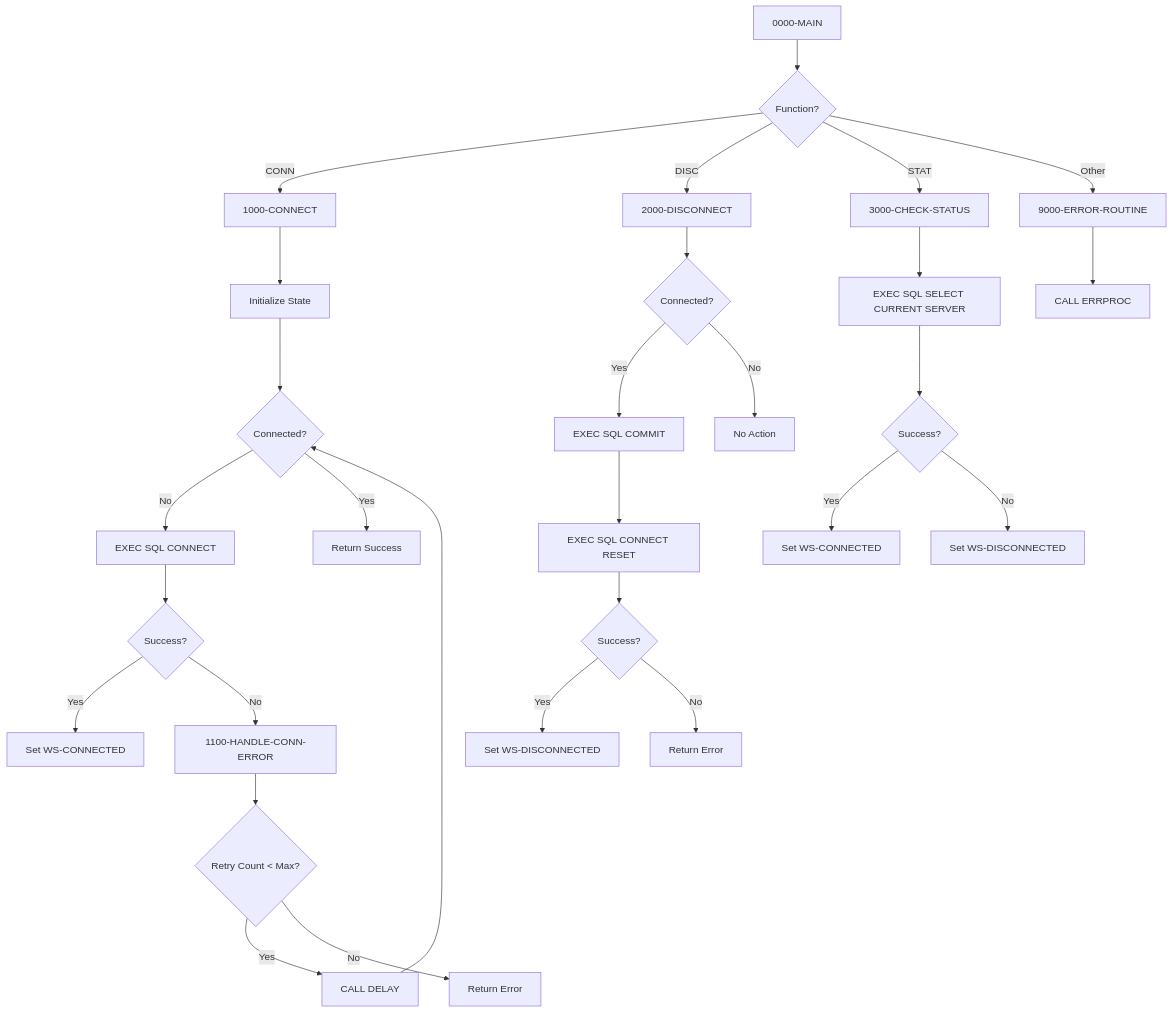
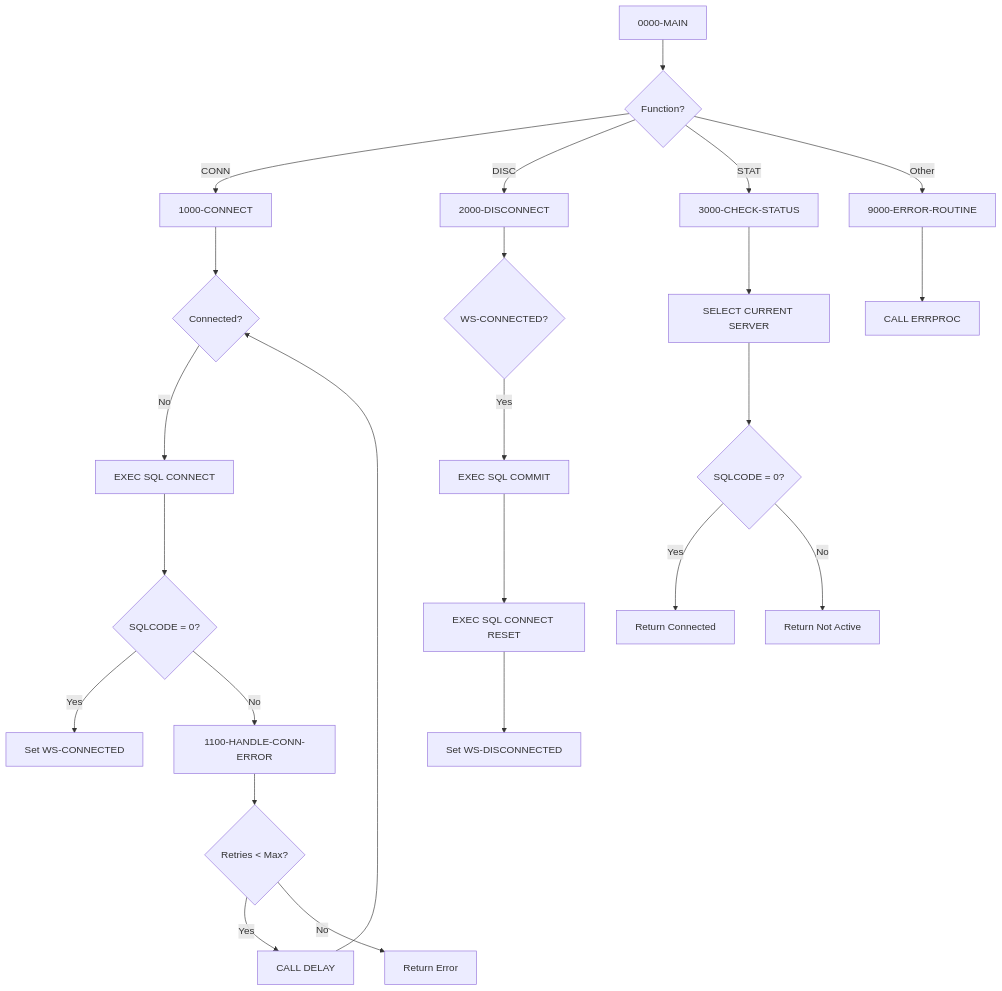
Before and after one commit to haladir-com/legacy-benchmark-docs-vb70e1: the diagram in docs/programs/DB2CONN.mdx, drawn with Mermaid. The commit also changed other lines of this file and 63 other files, not shown here.

````diff
--- a/docs/programs/DB2CONN.mdx
+++ b/docs/programs/DB2CONN.mdx
@@ -21,35 +20,30 @@
 ```mermaid
 graph TD
     A[0000-MAIN] --> B{Function?}
-    B --> |CONN| C[1000-CONNECT]
-    B --> |DISC| D[2000-DISCONNECT]
-    B --> |STAT| E[3000-CHECK-STATUS]
-    B --> |Other| F[9000-ERROR-ROUTINE]
+    B -->|CONN| C[1000-CONNECT]
+    B -->|DISC| D[2000-DISCONNECT]
+    B -->|STAT| E[3000-CHECK-STATUS]
+    B -->|Other| F[9000-ERROR-ROUTINE]
     
-    C --> C1[Initialize State]
-    C1 --> C2{Connected?}
-    C2 --> |No| C3[EXEC SQL CONNECT]
-    C3 --> C4{Success?}
-    C4 --> |Yes| C5[Set WS-CONNECTED]
-    C4 --> |No| C6[1100-HANDLE-CONN-ERROR]
-    C6 --> C7{Retry Count < Max?}
-    C7 --> |Yes| C8[CALL DELAY]
-    C8 --> C2
-    C7 --> |No| C9[Return Error]
-    C2 --> |Yes| C10[Return Success]
+    C --> C1{Connected?}
+    C1 -->|No| C2[EXEC SQL CONNECT]
+    C2 --> C3{SQLCODE = 0?}
+    C3 -->|Yes| C4[Set WS-CONNECTED]
+    C3 -->|No| C5[1100-HANDLE-CONN-ERROR]
+    C5 --> C6{Retries < Max?}
+    C6 -->|Yes| C7[CALL DELAY]
+    C7 --> C1
+    C6 -->|No| C8[Return Error]
     
-    D --> D1{Connected?}
-    D1 --> |Yes| D2[EXEC SQL COMMIT]
+    D --> D1{WS-CONNECTED?}
+    D1 -->|Yes| D2[EXEC SQL COMMIT]
     D2 --> D3[EXEC SQL CONNECT RESET]
-    D3 --> D4{Success?}
-    D4 --> |Yes| D5[Set WS-DISCONNECTED]
-    D4 --> |No| D6[Return Error]
-    D1 --> |No| D7[No Action]
+    D3 --> D4[Set WS-DISCONNECTED]
     
-    E --> E1[EXEC SQL SELECT CURRENT SERVER]
-    E1 --> E2{Success?}
-    E2 --> |Yes| E3[Set WS-CONNECTED]
-    E2 --> |No| E4[Set WS-DISCONNECTED]
+    E --> E1[SELECT CURRENT SERVER]
+    E1 --> E2{SQLCODE = 0?}
+    E2 -->|Yes| E3[Return Connected]
+    E2 -->|No| E4[Return Not Active]
     
     F --> F1[CALL ERRPROC]
 ```
````
